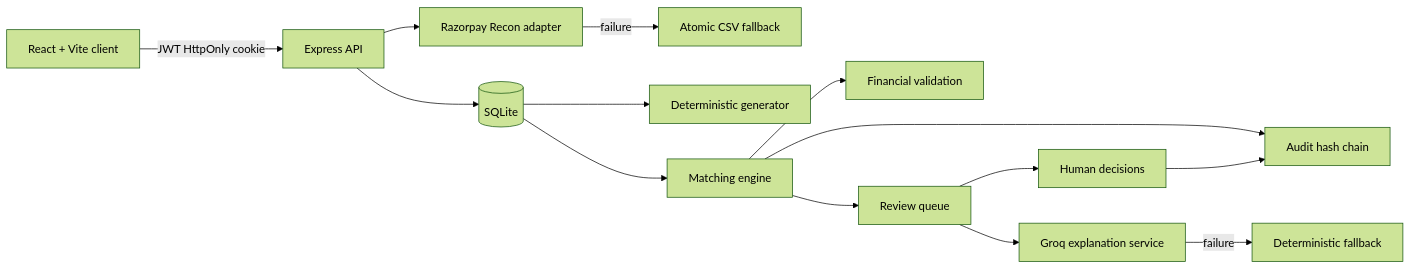
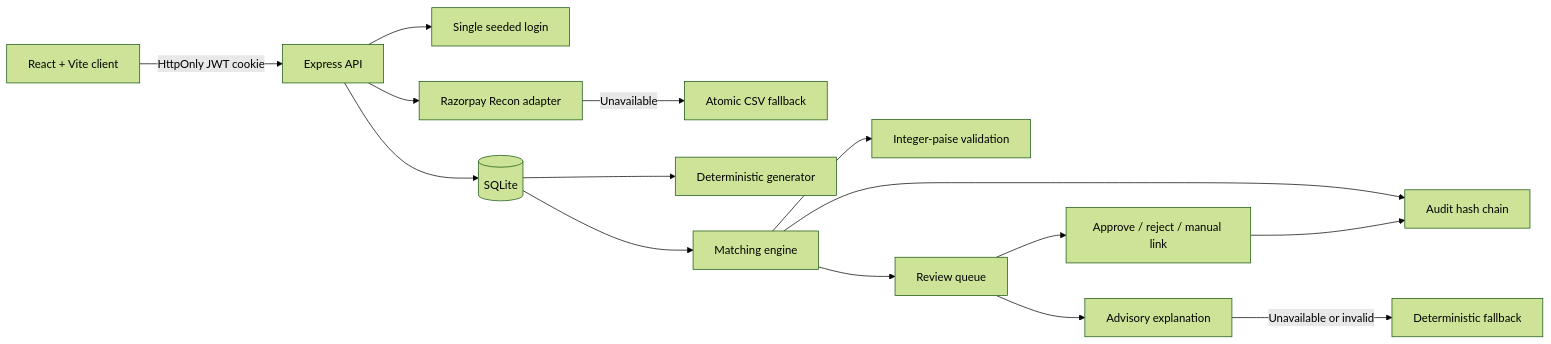
The diagram in README.md (VisheshAgarwal0089/settlewise_ai), drawn with Mermaid (forest theme) before and after one commit. The commit also changed other lines of this file and 7 other files, not shown here.

````diff
--- a/README.md
+++ b/README.md
@@ -60,16 +103,17 @@
 ```mermaid
 flowchart LR
-  U[React + Vite client] -->|JWT HttpOnly cookie| A[Express API]
-  A --> R[Razorpay Recon adapter]
-  R -->|failure| C[Atomic CSV fallback]
-  A --> S[(SQLite)]
-  S --> G[Deterministic generator]
-  S --> M[Matching engine]
-  M --> V[Financial validation]
-  M --> Q[Review queue]
-  Q --> H[Human decisions]
-  Q --> X[Groq explanation service]
-  X -->|failure| F[Deterministic fallback]
-  M --> L[Audit hash chain]
-  H --> L
+    Browser[React + Vite client] -->|HttpOnly JWT cookie| API[Express API]
+    API --> Auth[Single seeded login]
+    API --> Razorpay[Razorpay Recon adapter]
+    Razorpay -->|Unavailable| CSV[Atomic CSV fallback]
+    API --> DB[(SQLite)]
+    DB --> Generator[Deterministic generator]
+    DB --> Matcher[Matching engine]
+    Matcher --> Finance[Integer-paise validation]
+    Matcher --> Review[Review queue]
+    Review --> Human[Approve / reject / manual link]
+    Review --> Groq[Advisory explanation]
+    Groq -->|Unavailable or invalid| Fallback[Deterministic fallback]
+    Matcher --> Audit[Audit hash chain]
+    Human --> Audit
 ```
````
